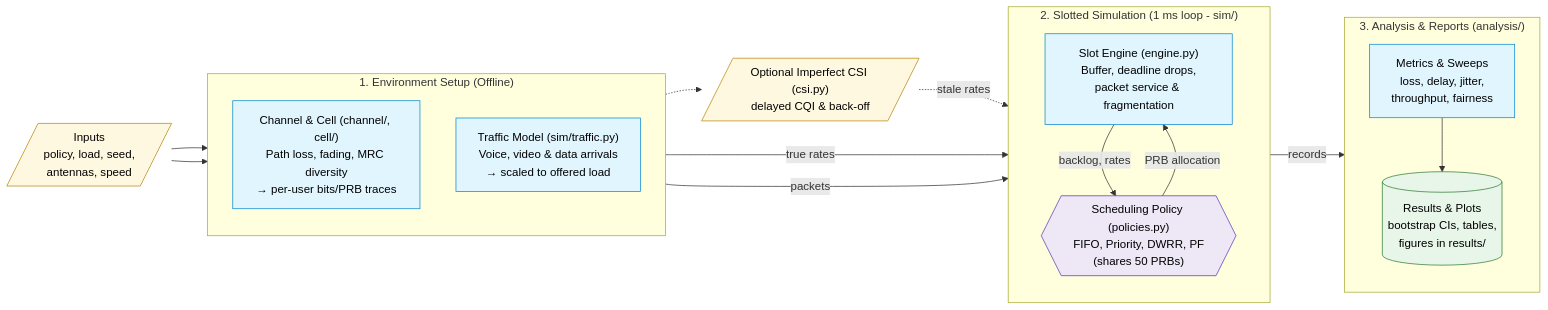
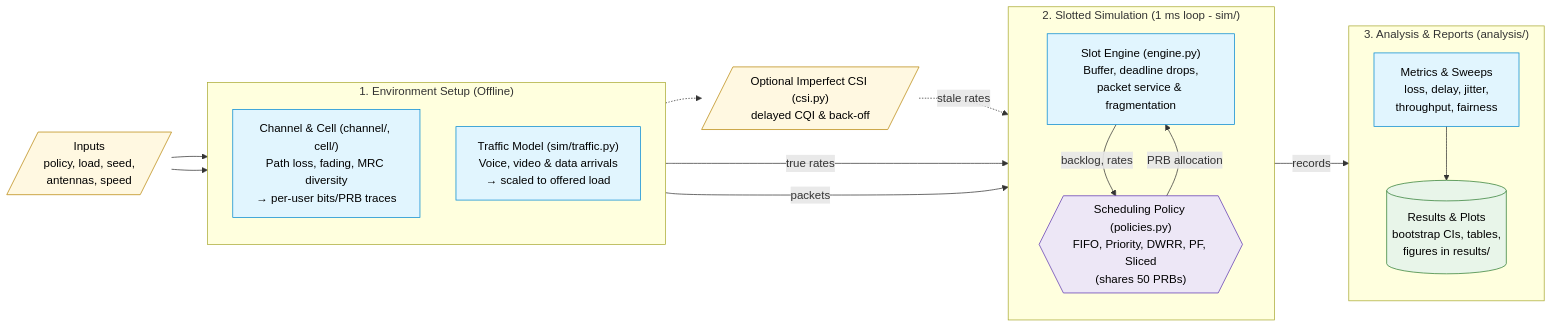
The diagram in README.md (henriquebueno45/5G-Multiuser-Scheduling-over-Fading-Channels), drawn with Mermaid before and after one commit. The commit also changed other lines of this file and 11 other files, not shown here.

````diff
--- a/README.md
+++ b/README.md
@@ -24,44 +24,44 @@
 ```mermaid
 flowchart LR
     IN[/"Inputs<br/>policy, load, seed,<br/>antennas, speed"/]
 
     subgraph WORLD["1. Environment Setup (Offline)"]
         direction TB
         CH["Channel & Cell (channel/, cell/)<br/>Path loss, fading, MRC diversity<br/>→ per-user bits/PRB traces"]
         TRAF["Traffic Model (sim/traffic.py)<br/>Voice, video & data arrivals<br/>→ scaled to offered load"]
     end
 
     subgraph SIM["2. Slotted Simulation (1 ms loop - sim/)"]
         direction TB
         ENG["Slot Engine (engine.py)<br/>Buffer, deadline drops,<br/>packet service & fragmentation"]
-        POL{{"Scheduling Policy (policies.py)<br/>FIFO, Priority, DWRR, PF<br/>(shares 50 PRBs)"}}
+        POL{{"Scheduling Policy (policies.py)<br/>FIFO, Priority, DWRR, PF, Sliced<br/>(shares 50 PRBs)"}}
         ENG -- "backlog, rates" --> POL
         POL -- "PRB allocation" --> ENG
     end
 
     CSI[/"Optional Imperfect CSI (csi.py)<br/>delayed CQI & back-off"/]
 
     subgraph STUDY["3. Analysis & Reports (analysis/)"]
         direction TB
         MET["Metrics & Sweeps<br/>loss, delay, jitter,<br/>throughput, fairness"]
         REP[("Results & Plots<br/>bootstrap CIs, tables,<br/>figures in results/")]
         MET --> REP
     end
 
     IN --> CH
     IN --> TRAF
     CH -- "true rates" --> ENG
     CH -.-> CSI -. "stale rates" .-> ENG
     TRAF -- "packets" --> ENG
     ENG -- "records" --> MET
 
     classDef input fill:#fff8e1,stroke:#b8860b,color:#000
     classDef core fill:#e1f5fe,stroke:#0288d1,color:#000
     classDef policy fill:#ede7f6,stroke:#5e35b1,color:#000
     classDef out fill:#e8f5e9,stroke:#2e7d32,color:#000
 
     class IN,CSI input
     class CH,TRAF,ENG,MET core
     class POL policy
     class REP out
 ```
````
